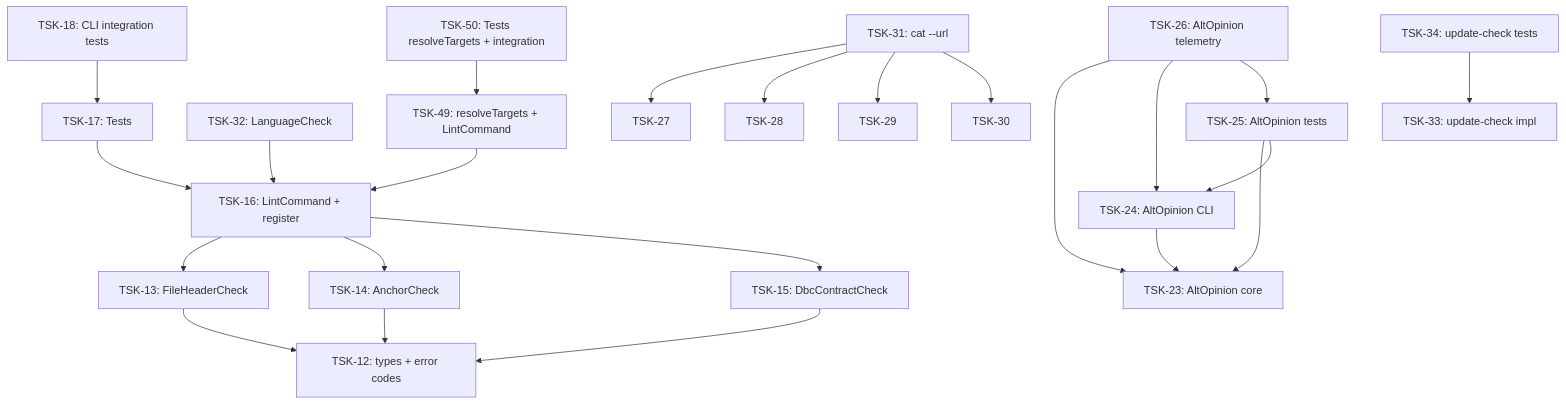
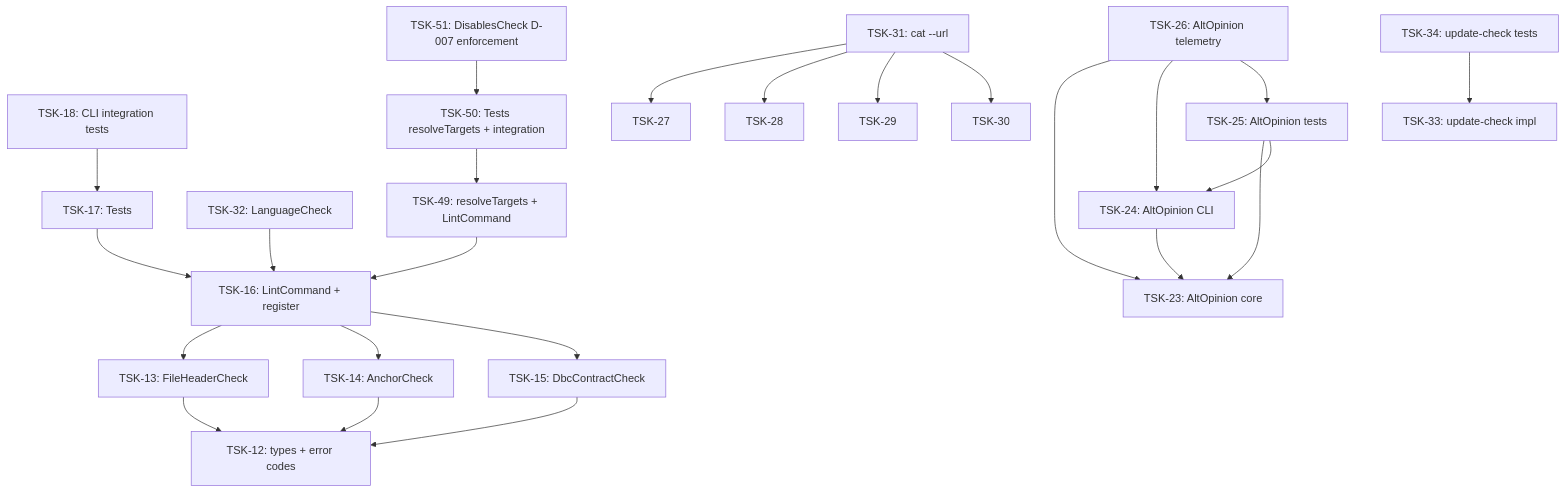
One commit to RubaXa/gennady changed the diagram in tasks/cli/README.md. Above: the diagram before and after it, drawn with Mermaid. The commit also changed other lines of this file and 5 other files, not shown here.

````diff
--- a/tasks/cli/README.md
+++ b/tasks/cli/README.md
@@ -31,42 +31,44 @@
 ```mermaid
 graph TD
     TSK-12[TSK-12: types + error codes]
     TSK-13[TSK-13: FileHeaderCheck]
     TSK-14[TSK-14: AnchorCheck]
     TSK-15[TSK-15: DbcContractCheck]
     TSK-16[TSK-16: LintCommand + register]
     TSK-17[TSK-17: Tests]
     TSK-13 --> TSK-12
     TSK-14 --> TSK-12
     TSK-15 --> TSK-12
     TSK-16 --> TSK-13
     TSK-16 --> TSK-14
     TSK-16 --> TSK-15
     TSK-17 --> TSK-16
     TSK-18[TSK-18: CLI integration tests]
     TSK-18 --> TSK-17
     TSK-32[TSK-32: LanguageCheck]
     TSK-32 --> TSK-16
     TSK-49[TSK-49: resolveTargets + LintCommand]
     TSK-49 --> TSK-16
     TSK-50[TSK-50: Tests resolveTargets + integration]
     TSK-50 --> TSK-49
+    TSK-51[TSK-51: DisablesCheck D-007 enforcement]
+    TSK-51 --> TSK-50
     TSK-23[TSK-23: AltOpinion core]
     TSK-24[TSK-24: AltOpinion CLI]
     TSK-25[TSK-25: AltOpinion tests]
     TSK-24 --> TSK-23
     TSK-25 --> TSK-23
     TSK-25 --> TSK-24
     TSK-26[TSK-26: AltOpinion telemetry]
     TSK-26 --> TSK-23
     TSK-26 --> TSK-24
     TSK-26 --> TSK-25
     TSK-31[TSK-31: cat --url]
     TSK-31 --> TSK-27
     TSK-31 --> TSK-28
     TSK-31 --> TSK-29
     TSK-31 --> TSK-30
     TSK-33[TSK-33: update-check impl]
     TSK-34[TSK-34: update-check tests]
     TSK-34 --> TSK-33
 ```
````
